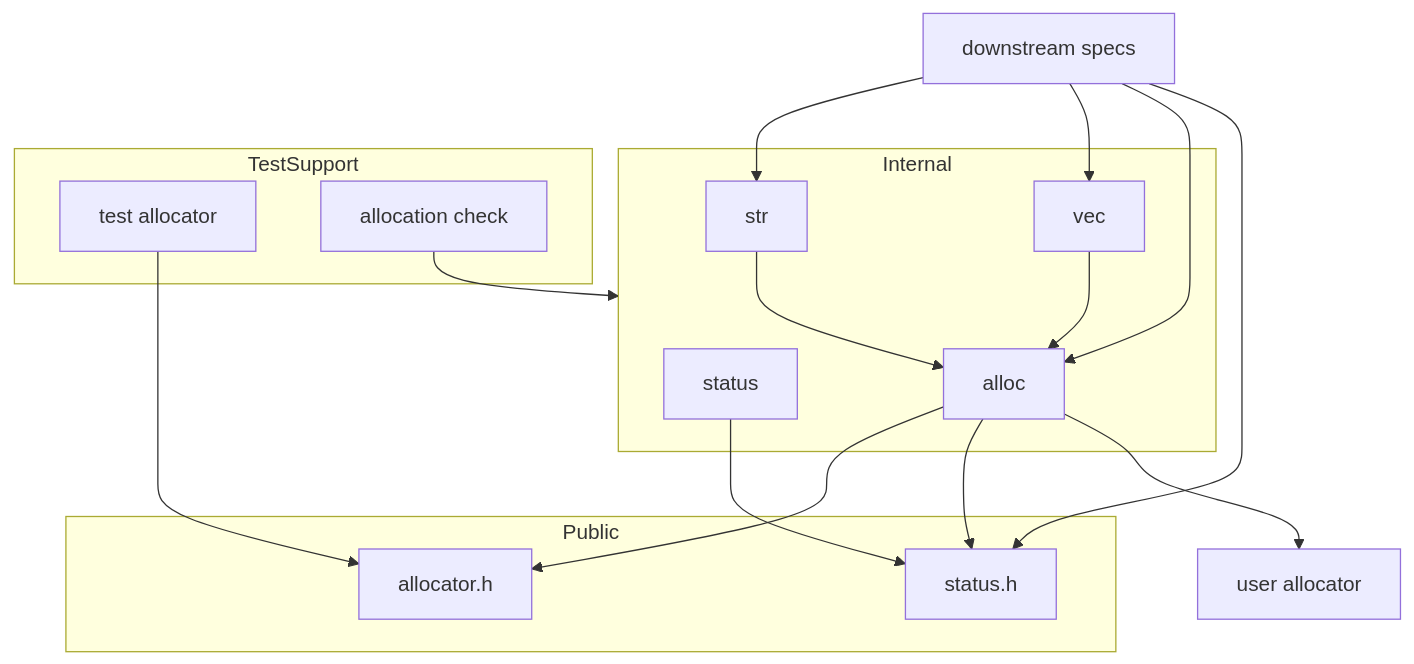
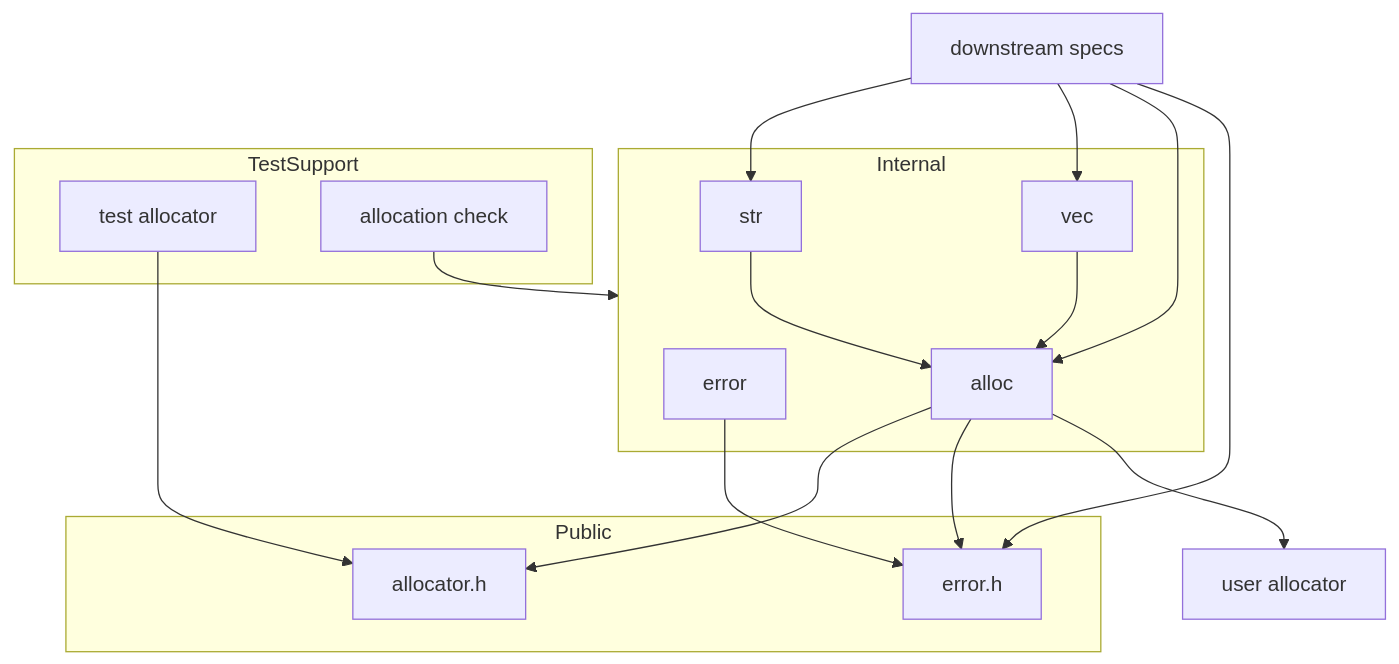
One commit to ktdevx/cargs changed the first of 2 diagrams in .kiro/specs/core-runtime/design.md. Above: the diagram before and after it, drawn with Mermaid. The commit also changed other lines of this file and 3 other files, not shown here.

````diff
--- a/.kiro/specs/core-runtime/design.md
+++ b/.kiro/specs/core-runtime/design.md
@@ -75,32 +80,32 @@
 ```mermaid
 graph TB
     subgraph Public
-        StatusH[status.h]
+        ErrorH[error.h]
         AllocatorH[allocator.h]
     end
     subgraph Internal
-        Status[status]
+        Error[error]
         Alloc[alloc]
         Str[str]
         Vec[vec]
     end
     subgraph TestSupport
         TestAllocator[test allocator]
         Check[allocation check]
     end
     Downstream[downstream specs]
     User[user allocator]
 
-    Status --> StatusH
+    Error --> ErrorH
     Alloc --> AllocatorH
-    Alloc --> StatusH
+    Alloc --> ErrorH
     Str --> Alloc
     Vec --> Alloc
     Downstream --> Str
     Downstream --> Vec
     Downstream --> Alloc
-    Downstream --> StatusH
+    Downstream --> ErrorH
     Alloc --> User
     TestAllocator --> AllocatorH
     Check --> Internal
 ```
````
